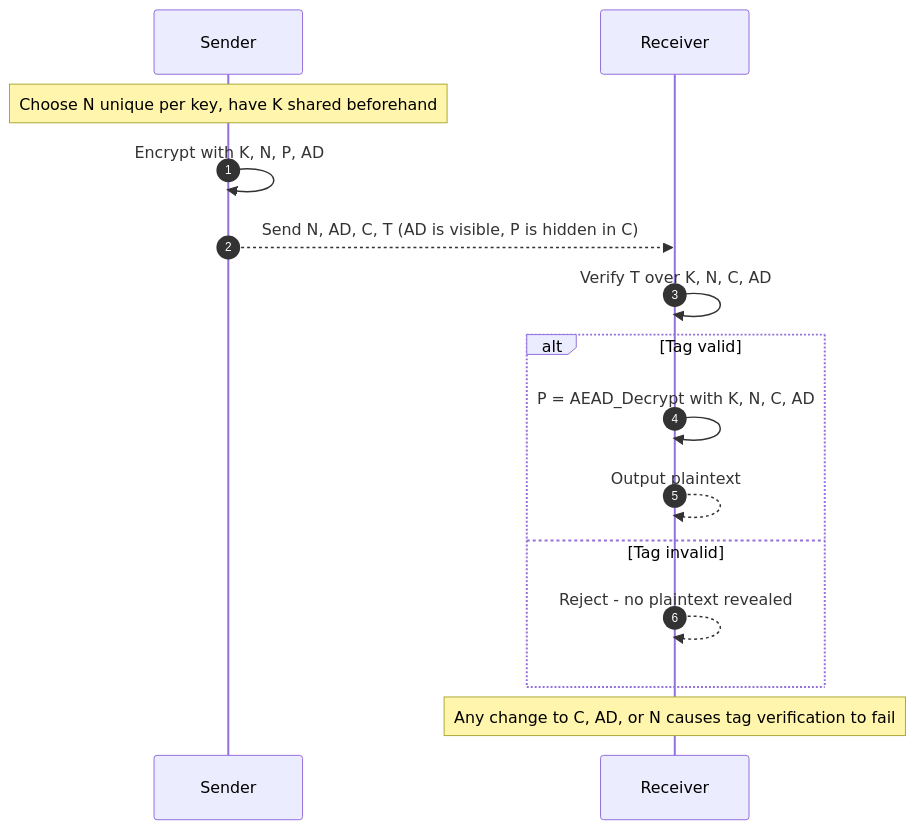
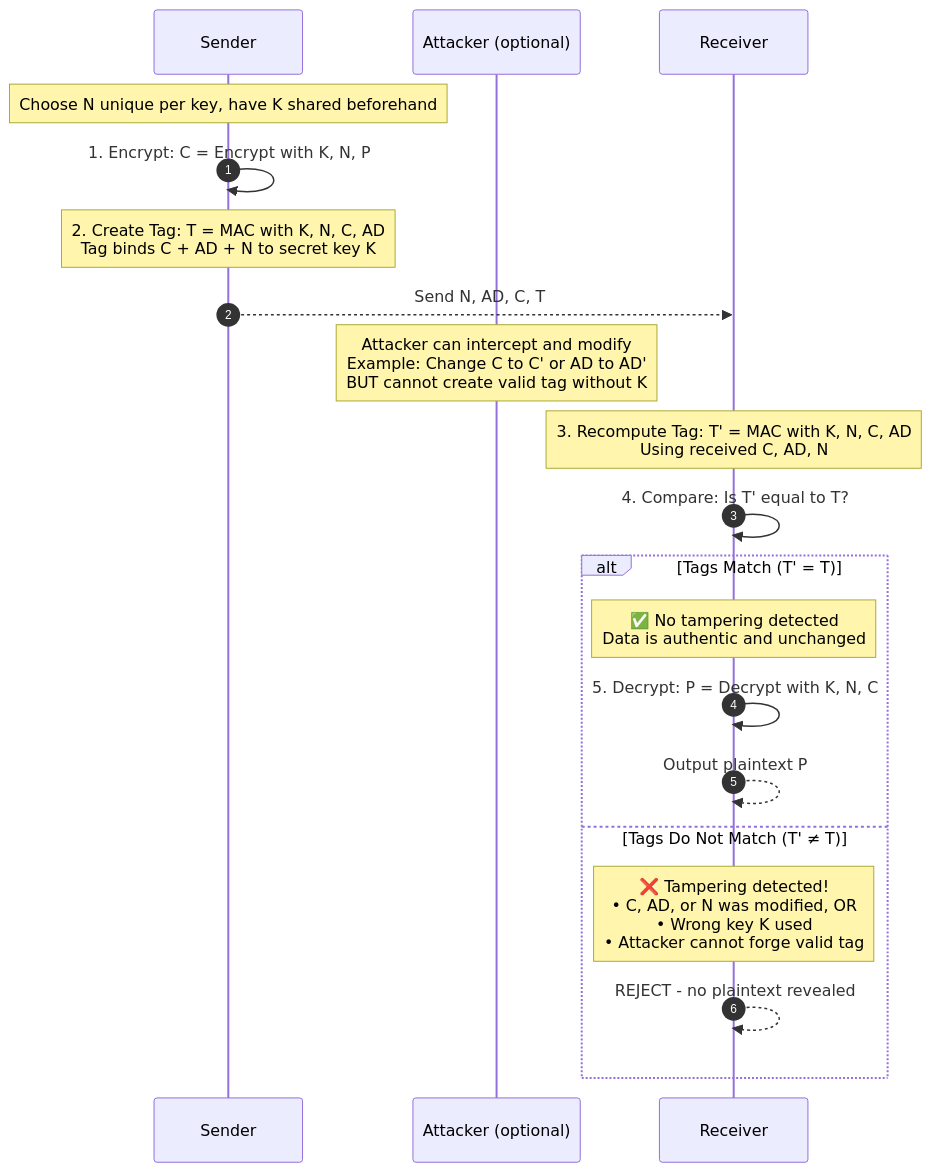
Before and after one commit to irahulsawhney/crypto-concepts: the diagram in diagrams/04-aead-sequence.mmd, drawn with Mermaid. The commit also changed 1 other file, not shown here.

Commit message:
Clarify tag creation and verification process in AEAD diagrams

```diff
--- a/diagrams/04-aead-sequence.mmd
+++ b/diagrams/04-aead-sequence.mmd
@@ -1,19 +1,27 @@
 %% AEAD Sequence Diagram - Encryption and Verification Flow
 sequenceDiagram
   autonumber
   participant S as Sender
+  participant A as Attacker (optional)
   participant R as Receiver
 
   Note over S: Choose N unique per key, have K shared beforehand
-  S->>S: Encrypt with K, N, P, AD
-  S-->>R: Send N, AD, C, T (AD is visible, P is hidden in C)
-
-  R->>R: Verify T over K, N, C, AD
-  alt Tag valid
-    R->>R: P = AEAD_Decrypt with K, N, C, AD
-    R-->>R: Output plaintext
-  else Tag invalid
-    R-->>R: Reject - no plaintext revealed
+  
+  S->>S: 1. Encrypt: C = Encrypt with K, N, P
+  Note over S: 2. Create Tag: T = MAC with K, N, C, AD<br/>Tag binds C + AD + N to secret key K
+  
+  S-->>R: Send N, AD, C, T
+  
+  Note over A: Attacker can intercept and modify<br/>Example: Change C to C' or AD to AD'<br/>BUT cannot create valid tag without K
+  
+  Note over R: 3. Recompute Tag: T' = MAC with K, N, C, AD<br/>Using received C, AD, N
+  R->>R: 4. Compare: Is T' equal to T?
+  
+  alt Tags Match (T' = T)
+    Note over R: ✅ No tampering detected<br/>Data is authentic and unchanged
+    R->>R: 5. Decrypt: P = Decrypt with K, N, C
+    R-->>R: Output plaintext P
+  else Tags Do Not Match (T' ≠ T)
+    Note over R: ❌ Tampering detected!<br/>• C, AD, or N was modified, OR<br/>• Wrong key K used<br/>• Attacker cannot forge valid tag
+    R-->>R: REJECT - no plaintext revealed
   end
-
-  Note over R: Any change to C, AD, or N causes tag verification to fail
```
